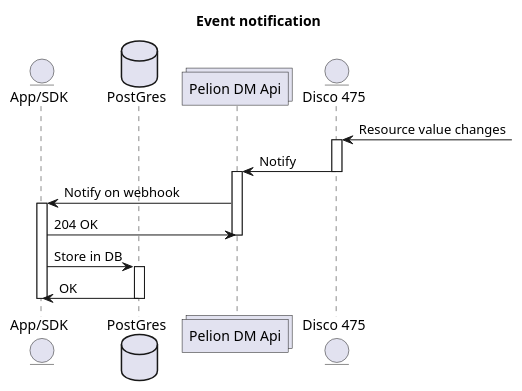
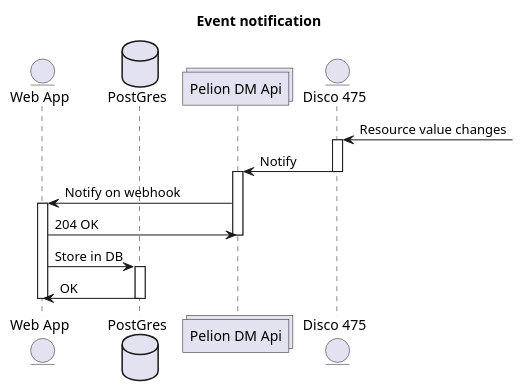
Before and after one commit to froeba/workshop-web-app: the third of 4 diagrams in docs/docs.puml, drawn with PlantUML. The commit also changed other lines of this file and 5 other files, not shown here.

```diff
--- a/docs/docs.puml
+++ b/docs/docs.puml
@@ -43,22 +43,22 @@
 @startuml resource_notify
 title Event notification
-entity "App/SDK" as app
+entity "Web App" as app
 database "PostGres" as db
 collections "Pelion DM Api" as api
 entity "Disco 475" as device
 
 device <-: Resource value changes
 activate device
 device -> api: Notify
 deactivate device
 activate api
 api -> app: Notify on webhook
 activate app
 app -> api: 204 OK
 deactivate api
 app -> db: Store in DB
 activate db
 db -> app: OK
 deactivate db
 deactivate app
 @enduml
```
